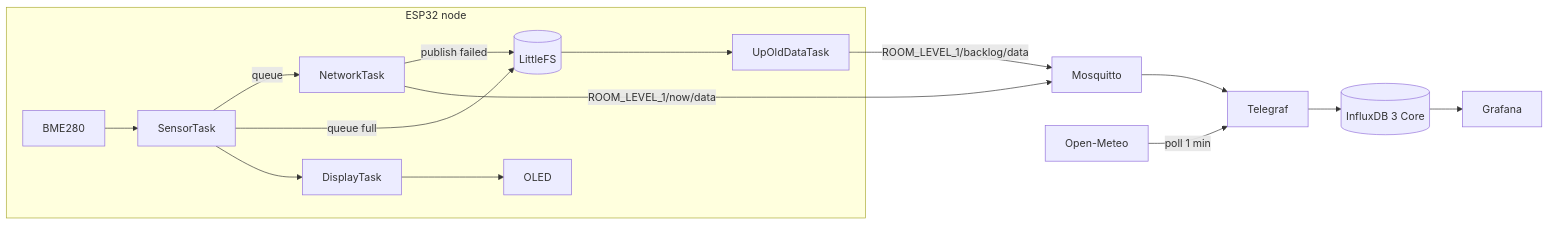
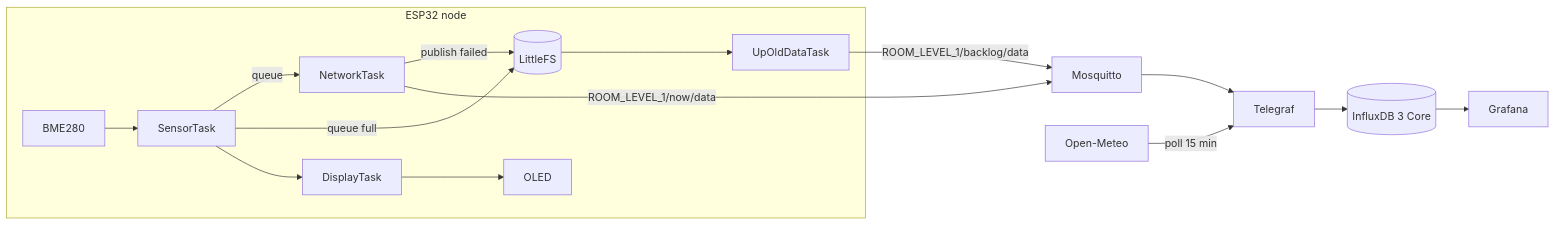
One commit to vlncn/Room_Monitor changed the diagram in README.md. Above: the diagram before and after it, drawn with Mermaid. The commit also changed other lines of this file and 1 other file, not shown here.

````diff
--- a/README.md
+++ b/README.md
@@ -25,17 +25,17 @@
 ```mermaid
 flowchart LR
   subgraph Node["ESP32 node"]
     BME["BME280"] --> ST["SensorTask"]
     ST -->|"queue"| NT["NetworkTask"]
     ST -->|"queue full"| FS[("LittleFS")]
     NT -->|"publish failed"| FS
     FS --> UT["UpOldDataTask"]
     ST --> DT["DisplayTask"] --> OLED["OLED"]
   end
   NT -->|"ROOM_LEVEL_1/now/data"| MQ["Mosquitto"]
   UT -->|"ROOM_LEVEL_1/backlog/data"| MQ
   MQ --> TG["Telegraf"]
-  OM["Open-Meteo"] -->|"poll 1 min"| TG
+  OM["Open-Meteo"] -->|"poll 15 min"| TG
   TG --> DB[("InfluxDB 3 Core")]
   DB --> GF["Grafana"]
 ```
````
